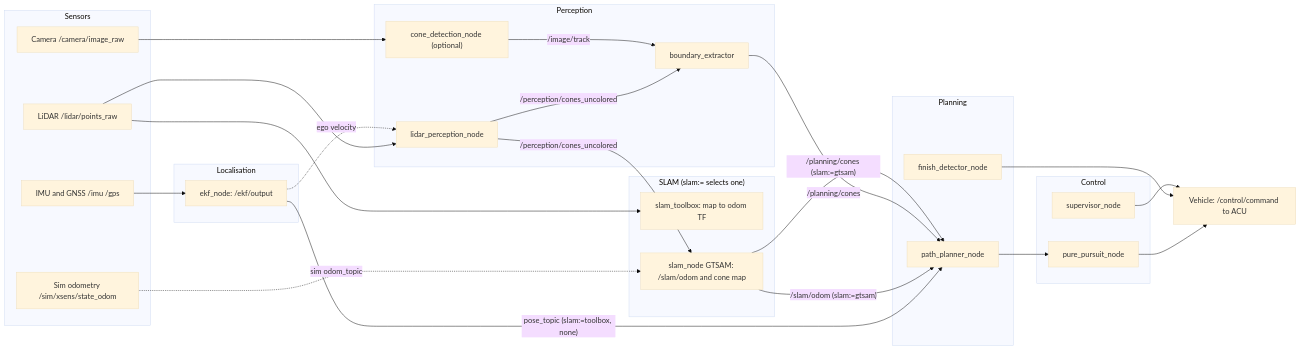
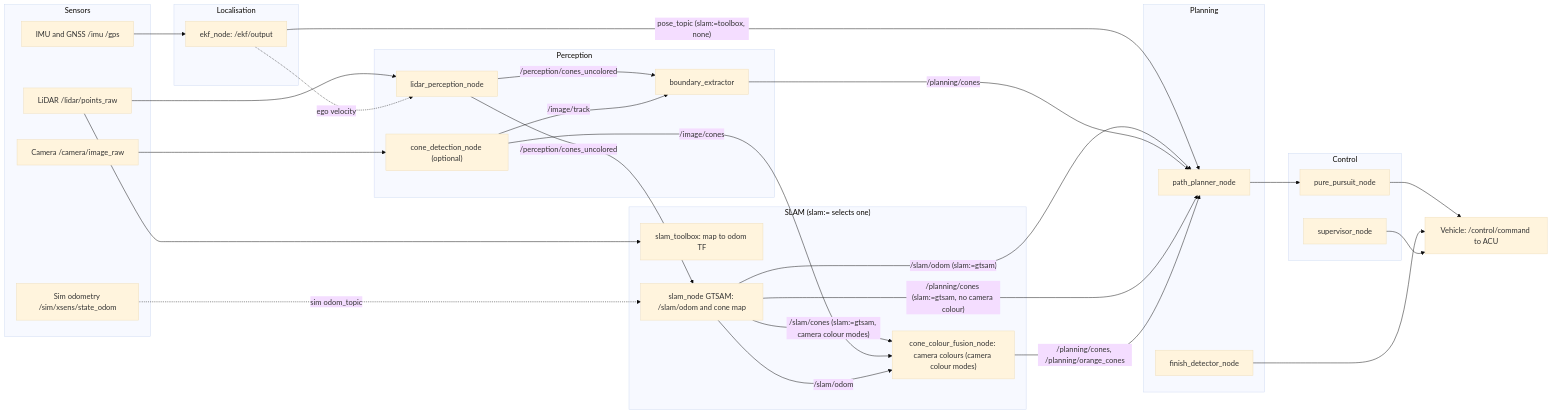
Before and after one commit to McGillFormulaElectric/MFE-Driverless-V1: the diagram in docs/interfaces.md, drawn with Mermaid (base theme). The commit also changed other lines of this file, not shown here.

First line of the commit message:
Document the camera colour stage in interfaces.md

````diff
--- a/docs/interfaces.md
+++ b/docs/interfaces.md
@@ -11,46 +11,51 @@
 ```mermaid
 flowchart LR
   subgraph Sensors
     L["LiDAR /lidar/points_raw"]
     IMU["IMU and GNSS /imu /gps"]
     CAM["Camera /camera/image_raw"]
     SO["Sim odometry /sim/xsens/state_odom"]
   end
   subgraph Perception
     LP["lidar_perception_node"]
     YOLO["cone_detection_node (optional)"]
     BE["boundary_extractor"]
   end
   subgraph SLAM["SLAM (slam:= selects one)"]
     TB["slam_toolbox: map to odom TF"]
     GS["slam_node GTSAM: /slam/odom and cone map"]
+    CF["cone_colour_fusion_node: camera colours (camera colour modes)"]
   end
   subgraph Localisation
     EKF["ekf_node: /ekf/output"]
   end
   subgraph Planning
     PP["path_planner_node"]
     FD["finish_detector_node"]
   end
   subgraph Control
     PU["pure_pursuit_node"]
     SV["supervisor_node"]
   end
   V["Vehicle: /control/command to ACU"]
 
   L --> LP
   LP -->|"/perception/cones_uncolored"| GS
   LP -->|"/perception/cones_uncolored"| BE
   L --> TB
   CAM --> YOLO -->|"/image/track"| BE
   IMU --> EKF
   SO -.->|"sim odom_topic"| GS
   EKF -.->|"ego velocity"| LP
   EKF -->|"pose_topic (slam:=toolbox, none)"| PP
   GS -->|"/slam/odom (slam:=gtsam)"| PP
   BE -->|"/planning/cones"| PP
-  GS -->|"/planning/cones (slam:=gtsam)"| PP
+  GS -->|"/planning/cones (slam:=gtsam, no camera colour)"| PP
+  GS -->|"/slam/cones (slam:=gtsam, camera colour modes)"| CF
+  YOLO -->|"/image/cones"| CF
+  GS -->|"/slam/odom"| CF
+  CF -->|"/planning/cones, /planning/orange_cones"| PP
   PP --> PU --> V
   FD --> V
   SV --> V
 ```
````
